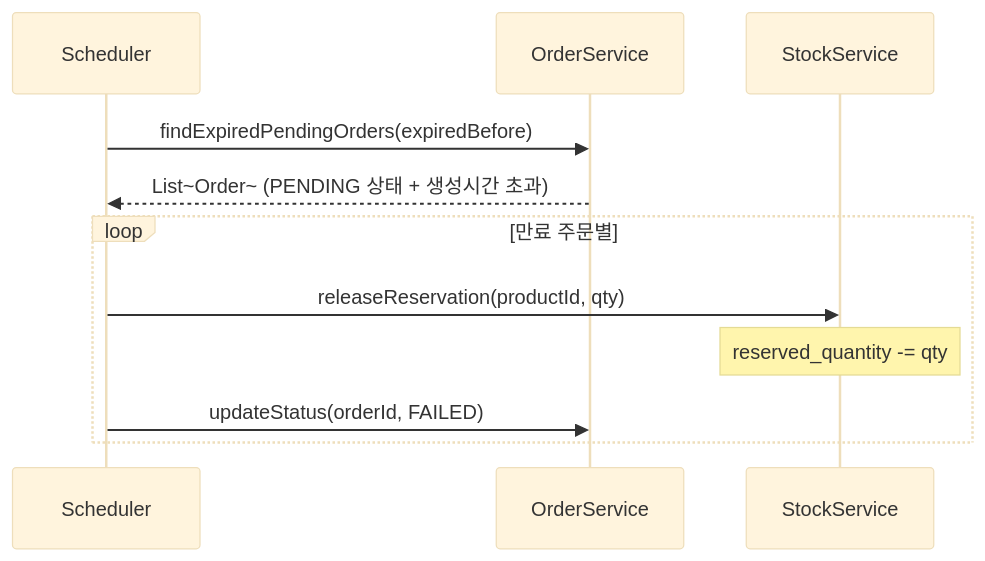
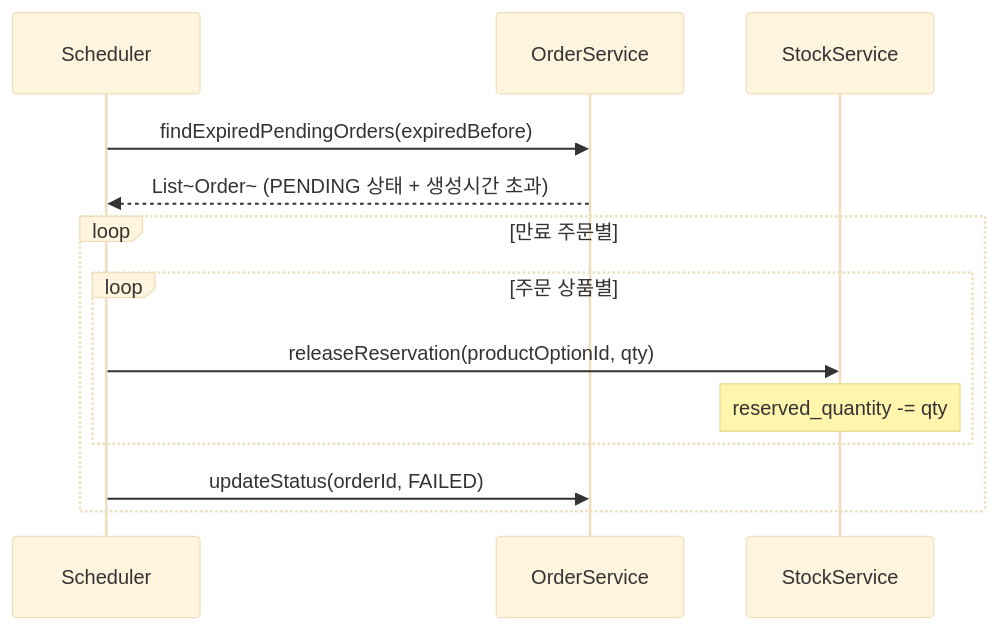
One commit to loopers-labs/loop-pack-be-l2-vol4-java changed the fourth of 7 diagrams in .docs/design/02-sequence-diagrams.md. Above: the diagram before and after it, drawn with Mermaid (base theme). The commit also changed other lines of this file and 3 other files, not shown here.

````diff
--- a/.docs/design/02-sequence-diagrams.md
+++ b/.docs/design/02-sequence-diagrams.md
@@ -148,15 +157,17 @@
 ```mermaid
 sequenceDiagram
     participant Scheduler
     participant OrderService
     participant StockService
 
     Scheduler->>OrderService: findExpiredPendingOrders(expiredBefore)
     OrderService-->>Scheduler: List~Order~ (PENDING 상태 + 생성시간 초과)
 
     loop 만료 주문별
-        Scheduler->>StockService: releaseReservation(productId, qty)
-        Note over StockService: reserved_quantity -= qty
+        loop 주문 상품별
+            Scheduler->>StockService: releaseReservation(productOptionId, qty)
+            Note over StockService: reserved_quantity -= qty
+        end
         Scheduler->>OrderService: updateStatus(orderId, FAILED)
     end
 ```
````
